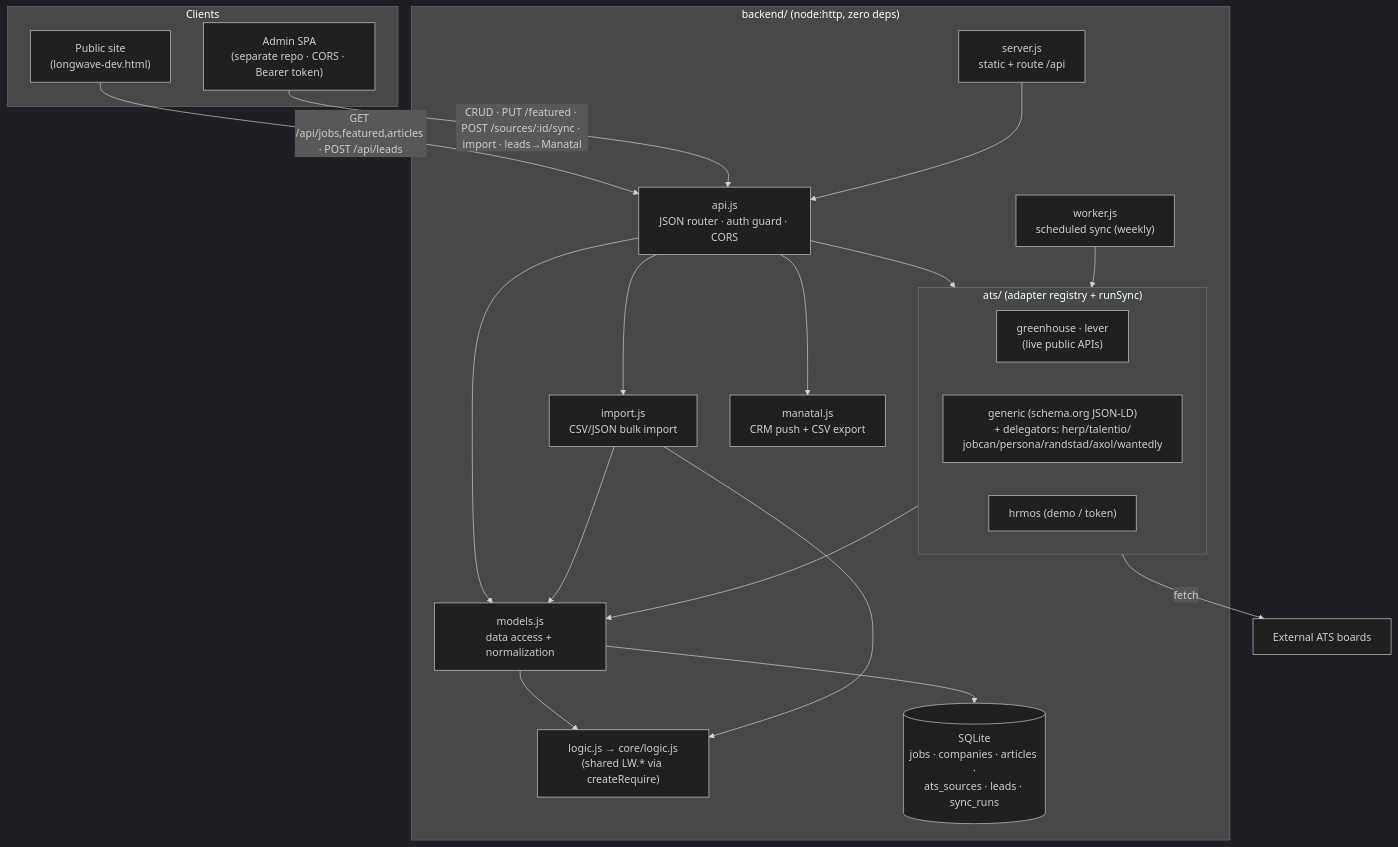
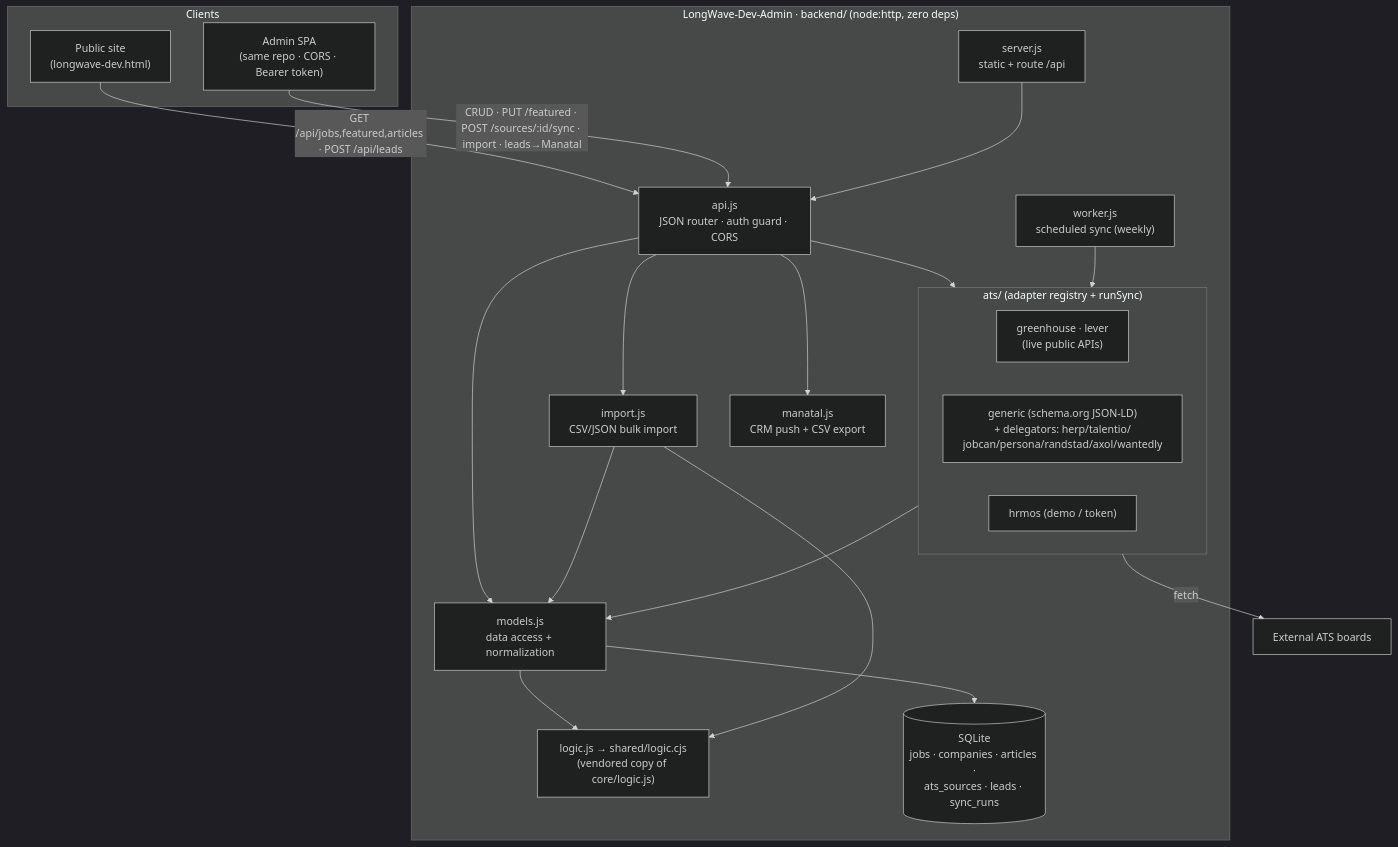
The third of 7 diagrams in docs/ARCHITECTURE.md (LongWave-Engineering/LongWave-Dev-POC), drawn with Mermaid (dark theme) before and after one commit. The commit also changed other lines of this file and 7 other files, not shown here.

First line of the commit message:
refactor: move the backend to LongWave-Dev-Admin — this repo is now just the public site

````diff
--- a/docs/ARCHITECTURE.md
+++ b/docs/ARCHITECTURE.md
@@ -83,35 +86,35 @@
 ```mermaid
 flowchart TB
     subgraph clients["Clients"]
         site["Public site<br/>(longwave-dev.html)"]
-        admin["Admin SPA<br/>(separate repo · CORS · Bearer token)"]
+        admin["Admin SPA<br/>(same repo · CORS · Bearer token)"]
     end
-    subgraph be["backend/ (node:http, zero deps)"]
+    subgraph be["LongWave-Dev-Admin · backend/ (node:http, zero deps)"]
         server["server.js<br/>static + route /api"]
         api["api.js<br/>JSON router · auth guard · CORS"]
         models["models.js<br/>data access + normalization"]
-        logic["logic.js → core/logic.js<br/>(shared LW.* via createRequire)"]
+        logic["logic.js → shared/logic.cjs<br/>(vendored copy of core/logic.js)"]
         importer["import.js<br/>CSV/JSON bulk import"]
         manatal["manatal.js<br/>CRM push + CSV export"]
         subgraph ats["ats/ (adapter registry + runSync)"]
             live["greenhouse · lever<br/>(live public APIs)"]
             scrape["generic (schema.org JSON-LD)<br/>+ delegators: herp/talentio/<br/>jobcan/persona/randstad/axol/wantedly"]
             hrmos["hrmos (demo / token)"]
         end
         db[("SQLite<br/>jobs · companies · articles ·<br/>ats_sources · leads · sync_runs")]
         worker["worker.js<br/>scheduled sync (weekly)"]
     end
     extats["External ATS boards"]
 
     site -->|"GET /api/jobs,featured,articles · POST /api/leads"| api
     admin -->|"CRUD · PUT /featured · POST /sources/:id/sync · import · leads→Manatal"| api
     server --> api --> models --> db
     api --> importer --> models
     api --> manatal
     api --> ats
     worker --> ats
     ats -->|fetch| extats
     ats --> models
     models --> logic
     importer --> logic
 ```
````
